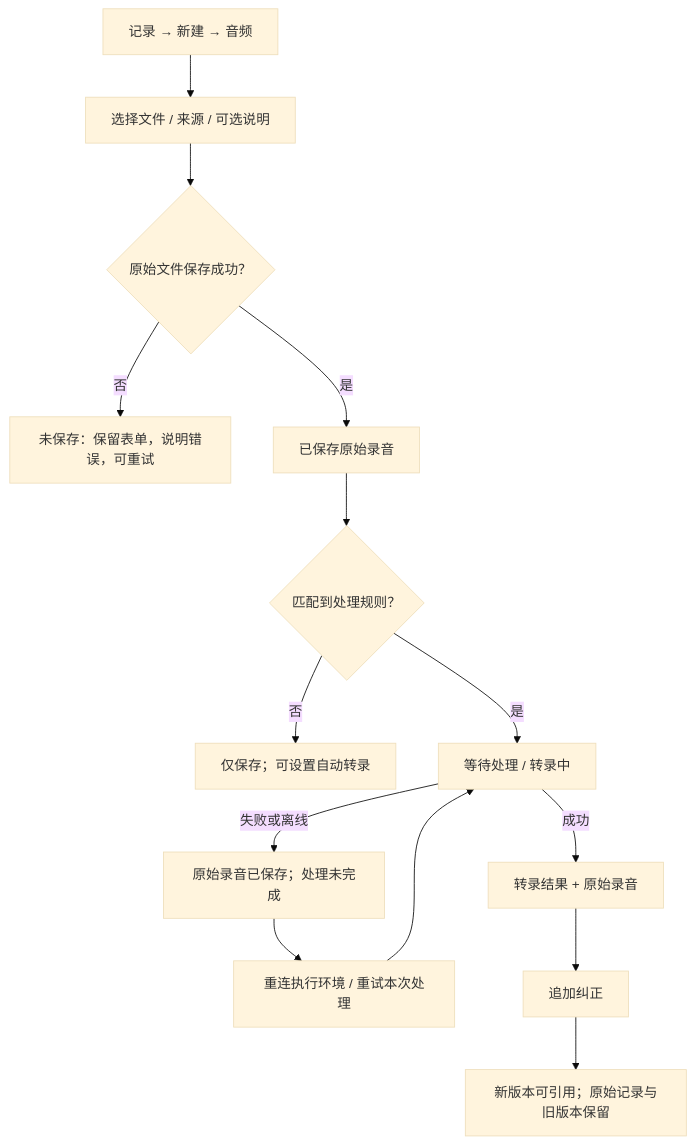
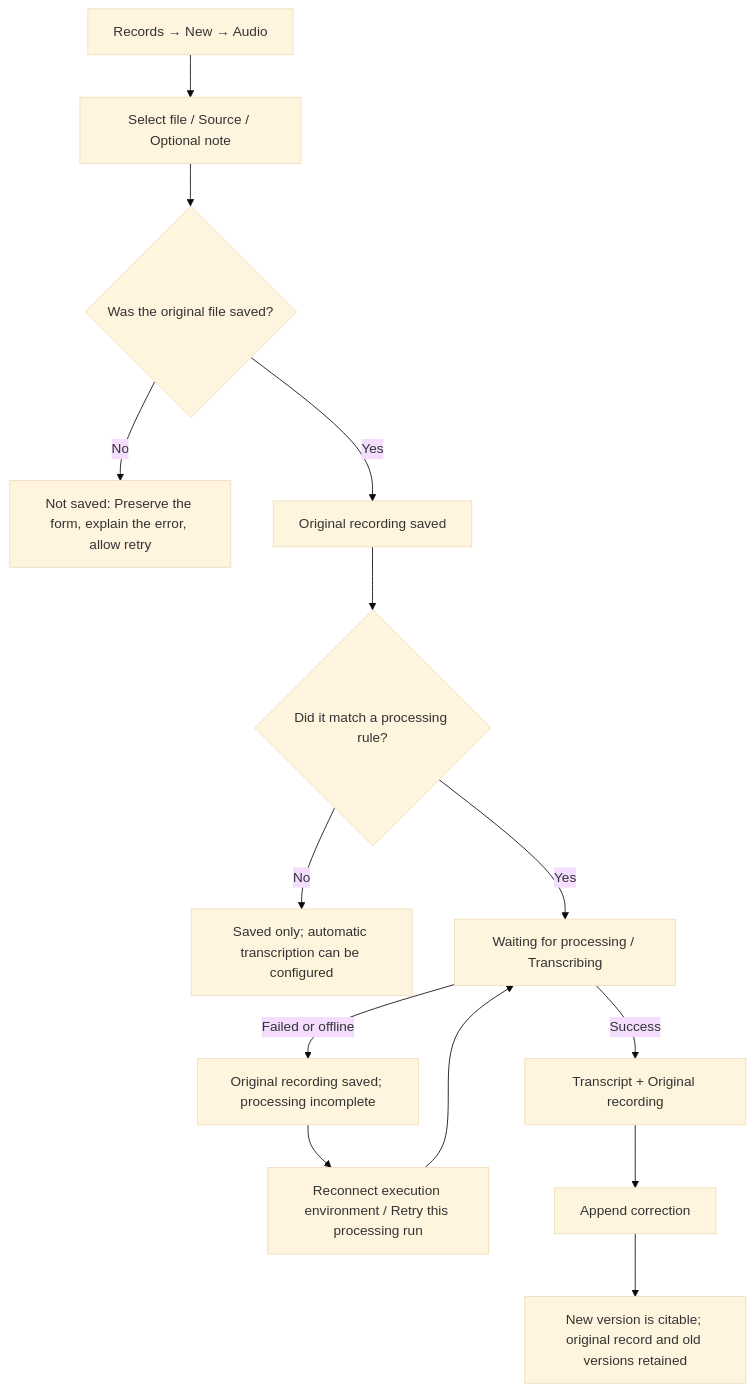
The third of 7 diagrams in docs/ux-flows.md (flyfy1/event-driven-context), drawn with Mermaid (base theme) before and after one commit. The commit also changed other lines of this file and 13 other files, not shown here.

```diff
--- a/docs/ux-flows.md
+++ b/docs/ux-flows.md
@@ -63,16 +65,16 @@
 ~~~mermaid
 flowchart TD
-    A["记录 → 新建 → 音频"] --> B["选择文件 / 来源 / 可选说明"]
-    B --> C{"原始文件保存成功？"}
-    C -->|否| D["未保存：保留表单，说明错误，可重试"]
-    C -->|是| E["已保存原始录音"]
-    E --> F{"匹配到处理规则？"}
-    F -->|否| G["仅保存；可设置自动转录"]
-    F -->|是| H["等待处理 / 转录中"]
-    H -->|成功| I["转录结果 + 原始录音"]
-    H -->|失败或离线| J["原始录音已保存；处理未完成"]
-    J --> K["重连执行环境 / 重试本次处理"]
+    A["Records → New → Audio"] --> B["Select file / Source / Optional note"]
+    B --> C{"Was the original file saved?"}
+    C -->|No| D["Not saved: Preserve the form, explain the error, allow retry"]
+    C -->|Yes| E["Original recording saved"]
+    E --> F{"Did it match a processing rule?"}
+    F -->|No| G["Saved only; automatic transcription can be configured"]
+    F -->|Yes| H["Waiting for processing / Transcribing"]
+    H -->|Success| I["Transcript + Original recording"]
+    H -->|Failed or offline| J["Original recording saved; processing incomplete"]
+    J --> K["Reconnect execution environment / Retry this processing run"]
     K --> H
-    I --> L["追加纠正"]
-    L --> M["新版本可引用；原始记录与旧版本保留"]
+    I --> L["Append correction"]
+    L --> M["New version is citable; original record and old versions retained"]
 ~~~
```
